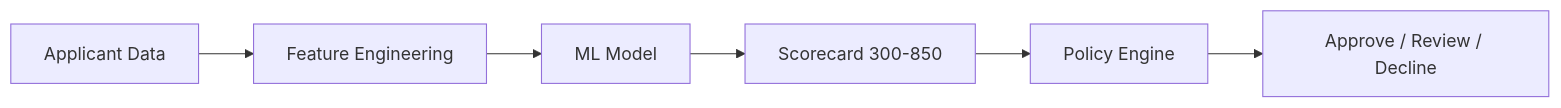
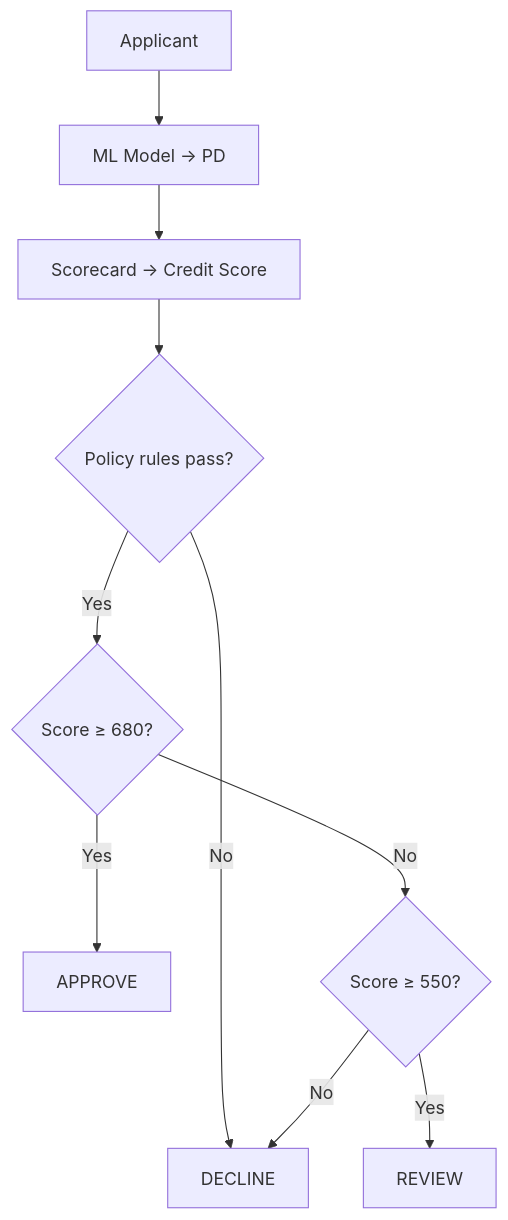
Before and after one commit to duncanmwirigi/Credit-Scoring-for-East-Africa: the second of 2 diagrams in README.md, drawn with Mermaid. The commit also changed other lines of this file and 6 other files, not shown here.

````diff
--- a/README.md
+++ b/README.md
@@ -7,8 +462,12 @@
 ```mermaid
-flowchart LR
-    A[Applicant Data] --> B[Feature Engineering]
-    B --> C[ML Model]
-    C --> D[Scorecard 300-850]
-    D --> E[Policy Engine]
-    E --> F[Approve / Review / Decline]
+flowchart TD
+    A[Applicant] --> B[ML Model → PD]
+    B --> C[Scorecard → Credit Score]
+    C --> D{Policy rules pass?}
+    D -->|No| E[DECLINE]
+    D -->|Yes| F{Score ≥ 680?}
+    F -->|Yes| G[APPROVE]
+    F -->|No| H{Score ≥ 550?}
+    H -->|Yes| I[REVIEW]
+    H -->|No| E
 ```
````
